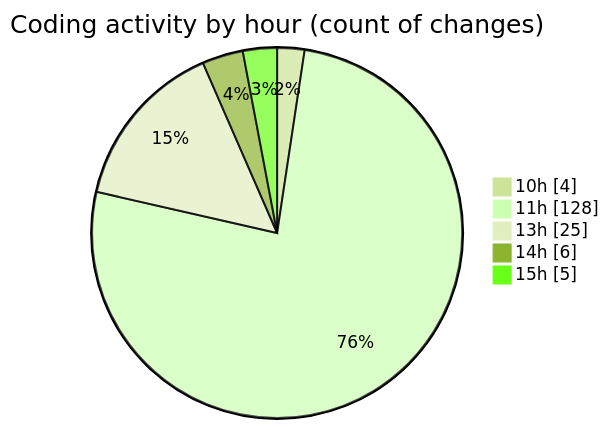
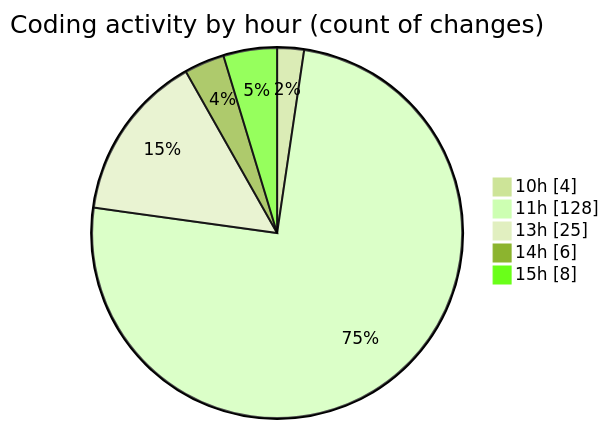
One commit to nxtqubesakshisongat/code-tracking changed the second of 2 diagrams in 2025-04-14/nxtqube_webapp/README.md. Above: the diagram before and after it, drawn with Mermaid (forest theme). The commit also changed other lines of this file and 1 other file, not shown here.

````diff
--- a/2025-04-14/nxtqube_webapp/README.md
+++ b/2025-04-14/nxtqube_webapp/README.md
@@ -36,9 +36,9 @@
 ```mermaid
 pie showData
 title Coding activity by hour (count of changes)
 "10h" : 4
 "11h" : 128
 "13h" : 25
 "14h" : 6
-"15h" : 5
+"15h" : 8
 ```
````
